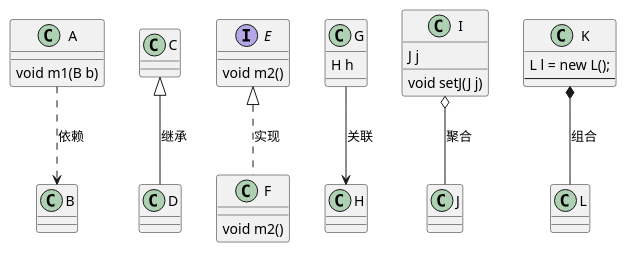
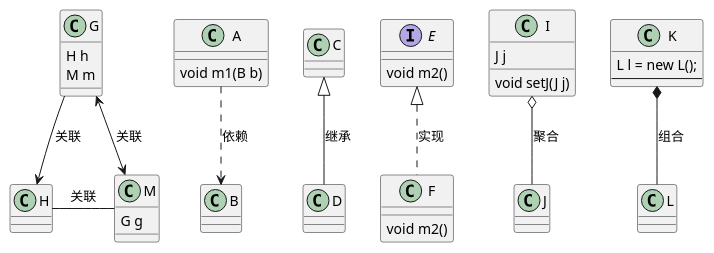
One commit to Drintau/StudyRepository changed the diagram in docs/UML/relation/类之间的关系.puml. Above: the diagram before and after it, drawn with PlantUML. The commit also changed 8 other files, not shown here.

Commit message:
UML类图文档更新

```diff
--- a/docs/UML/relation/类之间的关系.puml
+++ b/docs/UML/relation/类之间的关系.puml
@@ -1,41 +1,47 @@
 @startuml
 
 class A{
     void m1(B b)
 }
 class B{}
 A ..> B : 依赖
 
 class C{}
 class D{}
 C <|-- D : 继承
 
 interface E{
     void m2()
 }
 class F{
     void m2()
 }
 E <|.. F : 实现
 
 class G{
     H h
+    M m
 }
 class H{}
+class M{
+    G g
+}
 G --> H : 关联
+G <--> M : 关联
+H - M : 关联
 
 class I{
     J j
     void setJ(J j)
 }
 class J{}
 I o-- J : 聚合
 
 class K{
     L l = new L();
     --
 }
 class L{}
 K *-- L : 组合
 
 @enduml
```
